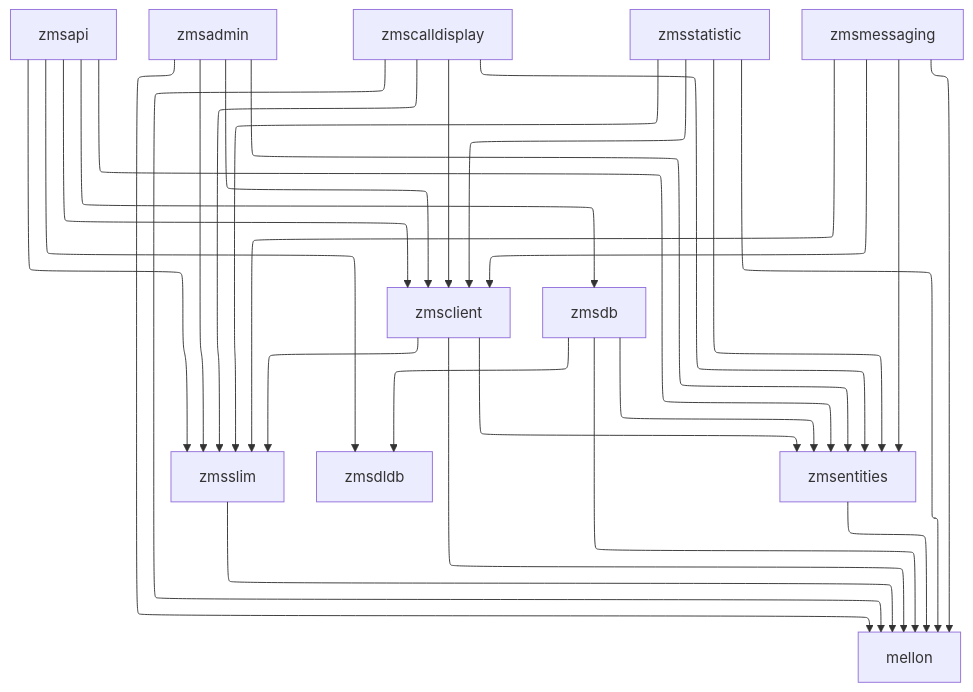
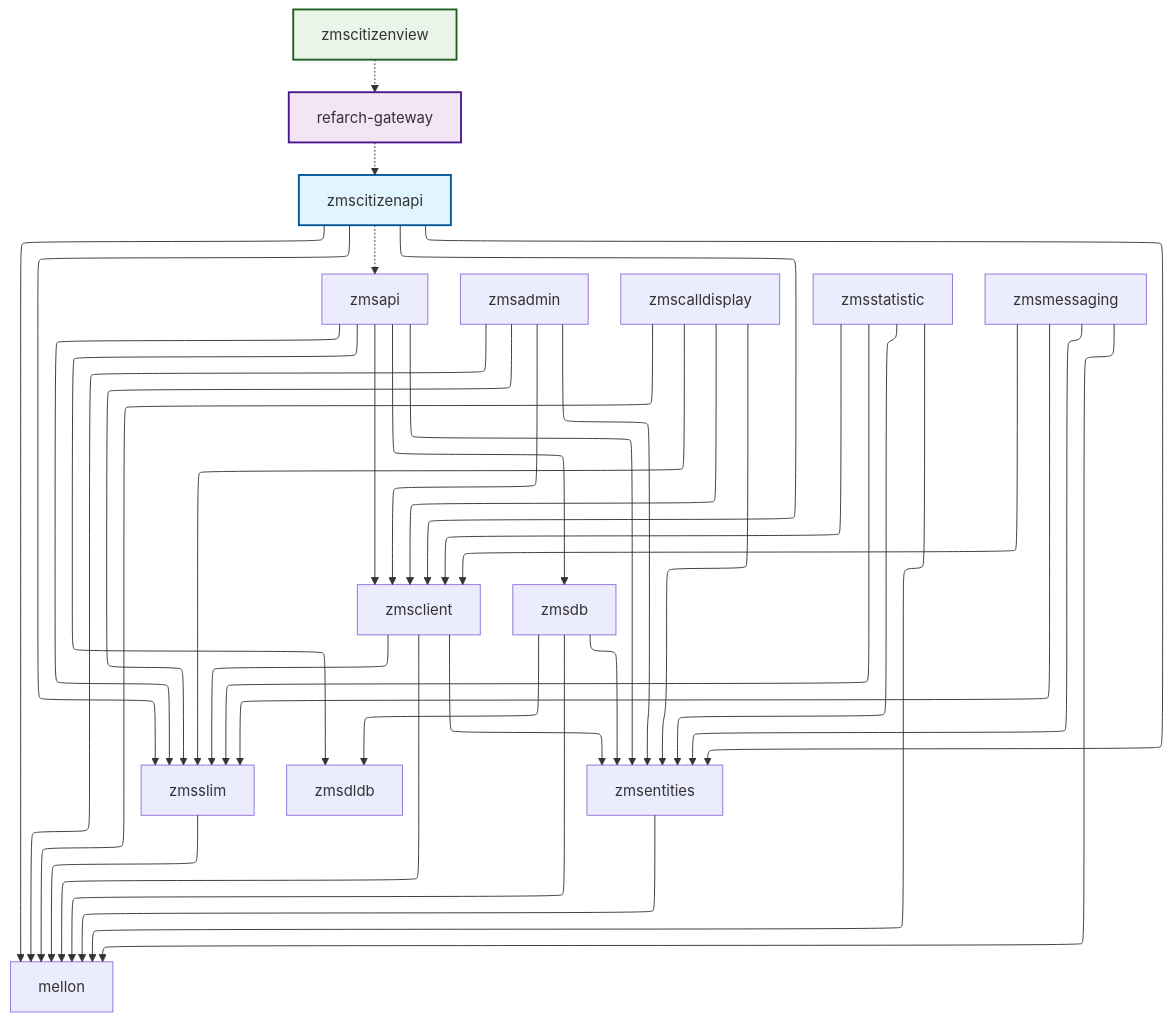
The diagram in README.md (it-at-m/eappointment), drawn with Mermaid before and after one commit. The commit also changed other lines of this file and 15 other files, not shown here.

````diff
--- a/README.md
+++ b/README.md
@@ -247,15 +247,32 @@
 ```mermaid
 %%{init: {"flowchart": {"defaultRenderer": "elk"}} }%%
 graph TD;
     zmsapi --> zmsslim & zmsclient & zmsdldb & zmsdb & zmsentities;
     zmsadmin --> mellon & zmsclient & zmsslim & zmsentities;
     zmscalldisplay --> mellon & zmsclient & zmsentities & zmsslim;
     zmsstatistic --> mellon & zmsentities & zmsslim & zmsclient;
     zmsmessaging --> mellon & zmsclient & zmsentities & zmsslim;
     
     zmsdb --> zmsentities & zmsdldb & mellon;
     zmsclient --> zmsentities & zmsslim & mellon;
     zmsentities --> mellon;
     zmsslim --> mellon;
 
+    %% zmscitizenapi dependencies
+    zmscitizenapi --> mellon & zmsslim & zmsclient & zmsentities;
+    
+    %% Build dependencies (dashed lines)
+    zmscitizenapi -.-> zmsapi;
+    refarch-gateway -.-> zmscitizenapi;
+    zmscitizenview -.-> refarch-gateway;
+
+    %% Styling for the three modules
+    classDef citizenapi fill:#e1f5fe,stroke:#01579b,stroke-width:2px;
+    classDef gateway fill:#f3e5f5,stroke:#4a148c,stroke-width:2px;
+    classDef citizenview fill:#e8f5e8,stroke:#1b5e20,stroke-width:2px;
+    
+    class zmscitizenapi citizenapi;
+    class refarch-gateway gateway;
+    class zmscitizenview citizenview;
+
 ```
````
